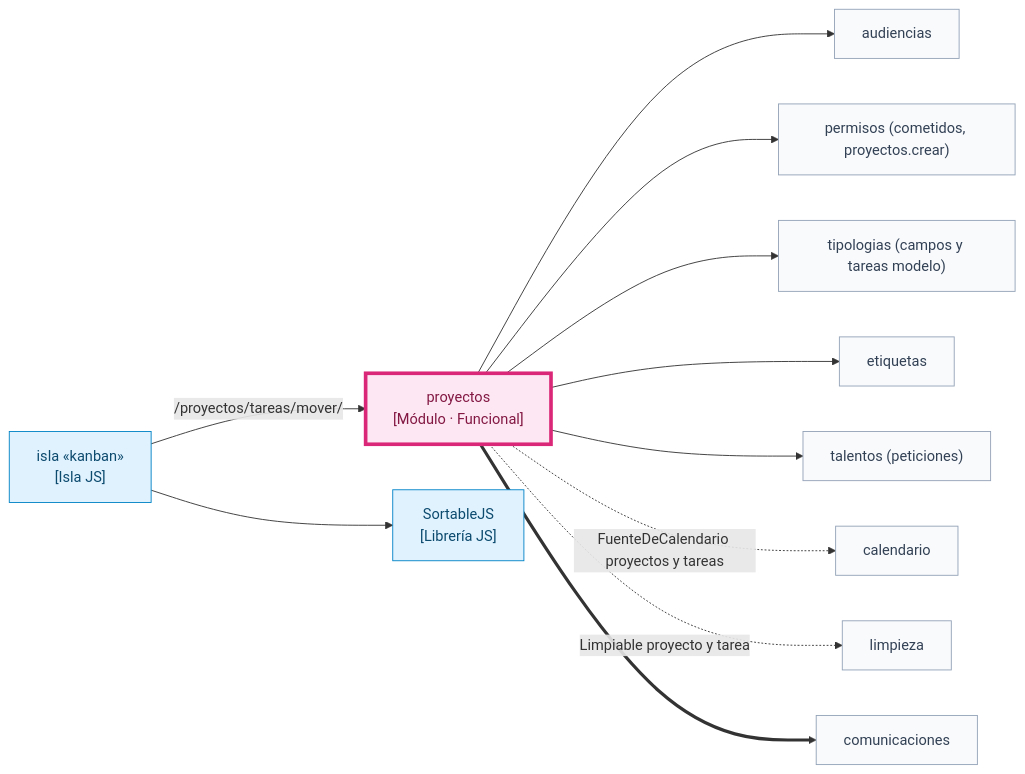
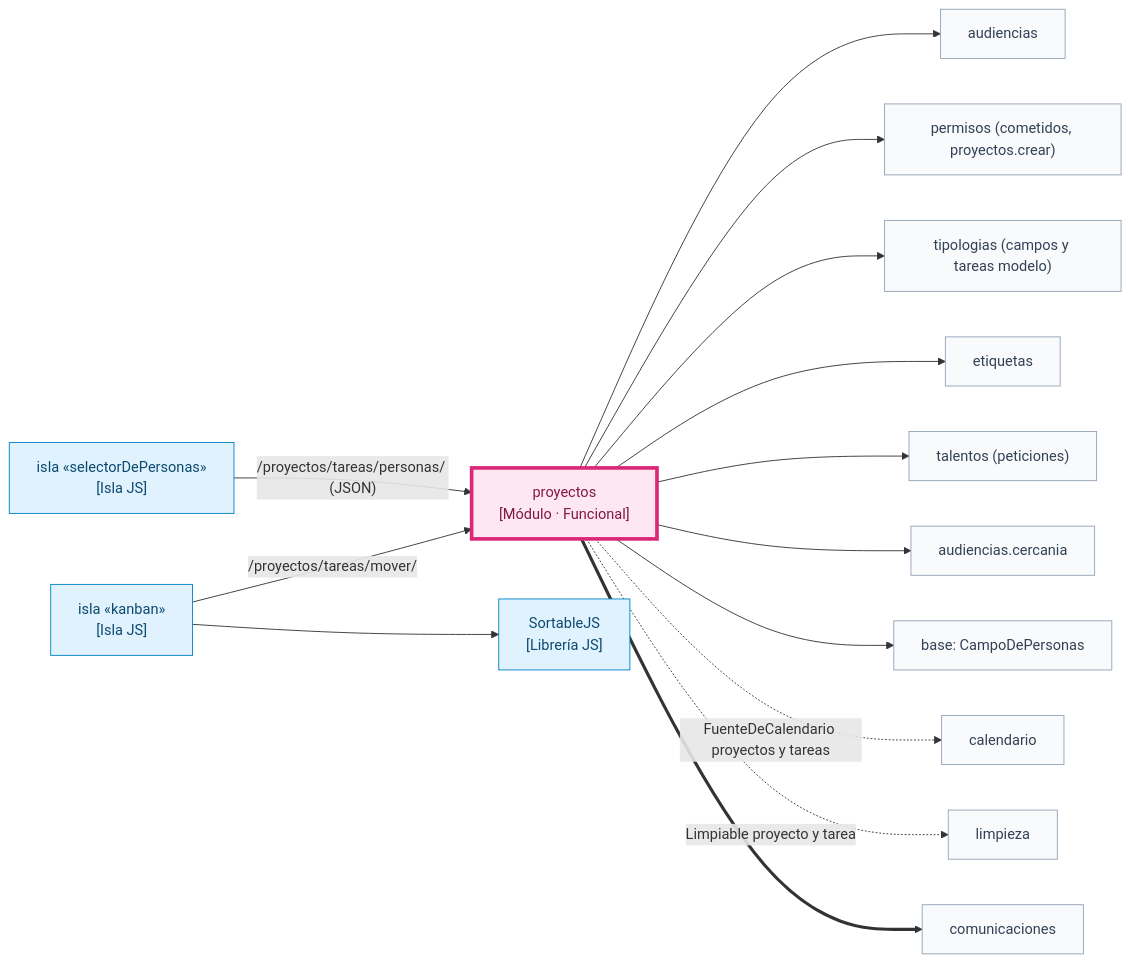
Before and after one commit to chemabc/groupy: diagram 22 of 33 in docs/arquitectura.md, drawn with Mermaid. The commit also changed other lines of this file and 15 other files, not shown here.

First line of the commit message:
Selector de personas: responsable y colaboran de las tareas, por cercanía

````diff
--- a/docs/arquitectura.md
+++ b/docs/arquitectura.md
@@ -625,27 +631,33 @@
 ```mermaid
 flowchart LR
   classDef yo fill:#fce7f3,stroke:#db2777,stroke-width:4px,color:#831843
   classDef otro fill:#f8fafc,stroke:#94a3b8,color:#334155
   classDef libjs fill:#e0f2fe,stroke:#0284c7,color:#0c4a6e
   pro["proyectos<br/>[Módulo · Funcional]"]:::yo
   aud["audiencias"]:::otro
   per["permisos (cometidos, proyectos.crear)"]:::otro
   tip["tipologias (campos y tareas modelo)"]:::otro
   eti["etiquetas"]:::otro
   tal["talentos (peticiones)"]:::otro
   kan["isla «kanban»<br/>[Isla JS]"]:::libjs
   sor["SortableJS<br/>[Librería JS]"]:::libjs
+  selp["isla «selectorDePersonas»<br/>[Isla JS]"]:::libjs
+  cerca["audiencias.cercania"]:::otro
+  bas["base: CampoDePersonas"]:::otro
   cal["calendario"]:::otro
   lim["limpieza"]:::otro
   com["comunicaciones"]:::otro
   pro --> aud
   pro --> per
   pro --> tip
   pro --> eti
   pro --> tal
   kan -- "/proyectos/tareas/mover/" --> pro
   kan --> sor
+  pro --> cerca
+  pro --> bas
+  selp -- "/proyectos/tareas/personas/ (JSON)" --> pro
   pro -. "FuenteDeCalendario proyectos y tareas" .-> cal
   pro -. "Limpiable proyecto y tarea" .-> lim
   pro ==> com
 ```
````
